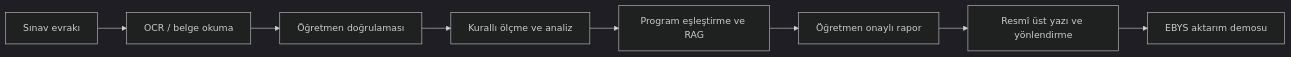
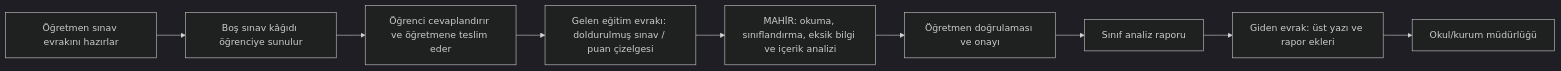
The first of 2 diagrams in README.md (peykan1071/MAHIR-PROTOTIP-HTML), drawn with Mermaid (dark theme) before and after one commit. The commit also changed other lines of this file and 14 other files, not shown here.

````diff
--- a/README.md
+++ b/README.md
@@ -234,10 +25,11 @@
 ```mermaid
 flowchart LR
-    A["Sınav evrakı"] --> B["OCR / belge okuma"]
-    B --> C["Öğretmen doğrulaması"]
-    C --> D["Kurallı ölçme ve analiz"]
-    D --> E["Program eşleştirme ve RAG"]
-    E --> F["Öğretmen onaylı rapor"]
-    F --> G["Resmî üst yazı ve yönlendirme"]
-    G --> H["EBYS aktarım demosu"]
+    A["Öğretmen sınav evrakını hazırlar"] --> B["Boş sınav kâğıdı öğrenciye sunulur"]
+    B --> C["Öğrenci cevaplandırır ve öğretmene teslim eder"]
+    C --> D["Gelen eğitim evrakı: doldurulmuş sınav / puan çizelgesi"]
+    D --> E["MAHİR: okuma, sınıflandırma, eksik bilgi ve içerik analizi"]
+    E --> F["Öğretmen doğrulaması ve onayı"]
+    F --> G["Sınıf analiz raporu"]
+    G --> H["Giden evrak: üst yazı ve rapor ekleri"]
+    H --> I["Okul/kurum müdürlüğü"]
 ```
````
